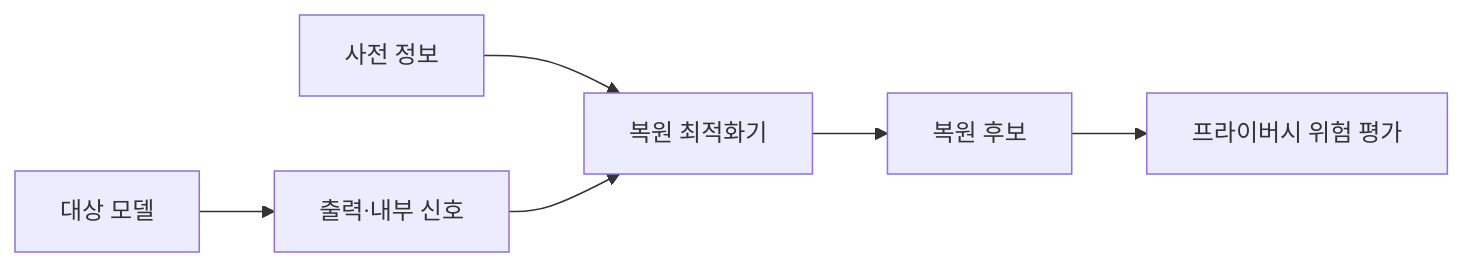
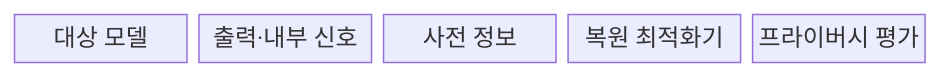
Before and after one commit to agnusdei1207/knowledge-base: the first of 2 diagrams in src/content/docs/notes/05-security/082_model_inversion_attack.md, drawn with Mermaid. The commit also changed other lines of this file and 6 other files, not shown here.

````diff
--- a/src/content/docs/notes/05-security/082_model_inversion_attack.md
+++ b/src/content/docs/notes/05-security/082_model_inversion_attack.md
@@ -64,8 +59,9 @@
 ```mermaid
-flowchart LR
-    A[대상 모델] --> B[출력·내부 신호]
-    C[사전 정보] --> D[복원 최적화기]
-    B --> D
-    D --> E[복원 후보]
-    E --> F[프라이버시 위험 평가]
+block-beta
+  columns 5
+  A["대상 모델"]
+  B["출력·내부 신호"]
+  C["사전 정보"]
+  D["복원 최적화기"]
+  E["프라이버시 평가"]
 ```
````
